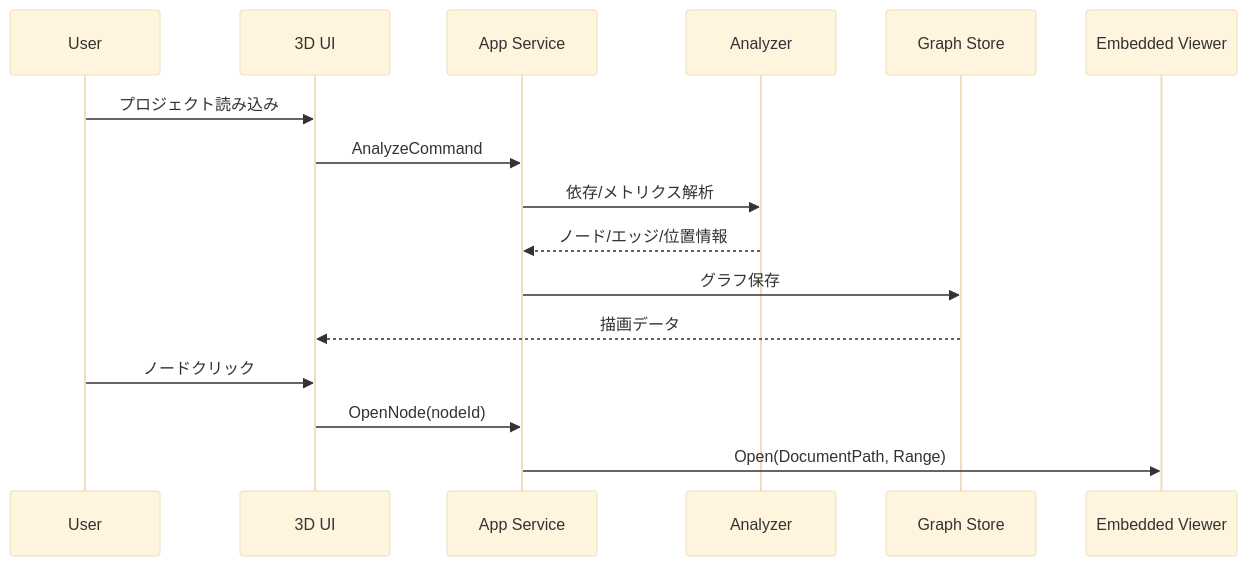
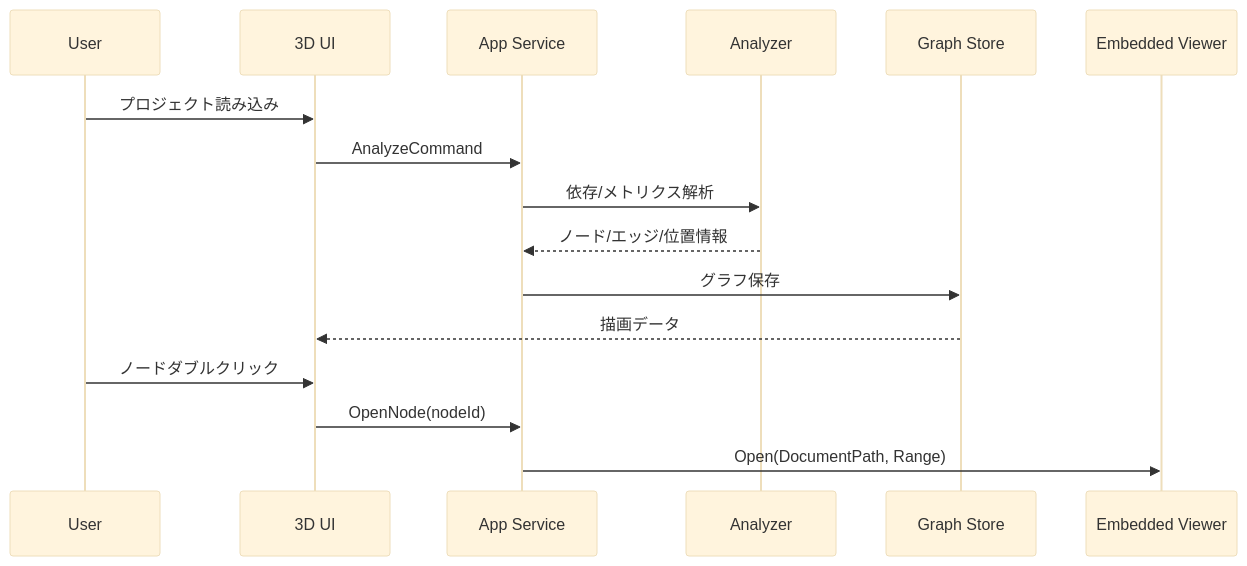
One commit to natumekazuki/DepSphere changed the third of 3 diagrams in docs/design/dep-visualizer-core.md. Above: the diagram before and after it, drawn with Mermaid (base theme). The commit also changed other lines of this file and 2 other files, not shown here.

Commit message:
feat(graph-view): add single-click neighbor filter and double-click open

````diff
--- a/docs/design/dep-visualizer-core.md
+++ b/docs/design/dep-visualizer-core.md
@@ -142,20 +144,20 @@
 ```mermaid
 sequenceDiagram
   participant U as User
   participant UI as 3D UI
   participant APP as App Service
   participant AN as Analyzer
   participant GS as Graph Store
   participant ED as Embedded Viewer
 
   U->>UI: プロジェクト読み込み
   UI->>APP: AnalyzeCommand
   APP->>AN: 依存/メトリクス解析
   AN-->>APP: ノード/エッジ/位置情報
   APP->>GS: グラフ保存
   GS-->>UI: 描画データ
 
-  U->>UI: ノードクリック
+  U->>UI: ノードダブルクリック
   UI->>APP: OpenNode(nodeId)
   APP->>ED: Open(DocumentPath, Range)
 ```
````
